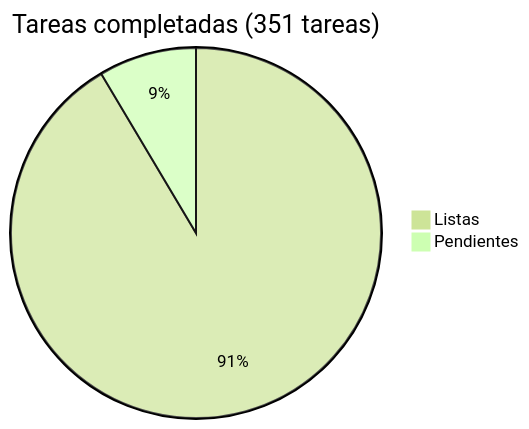
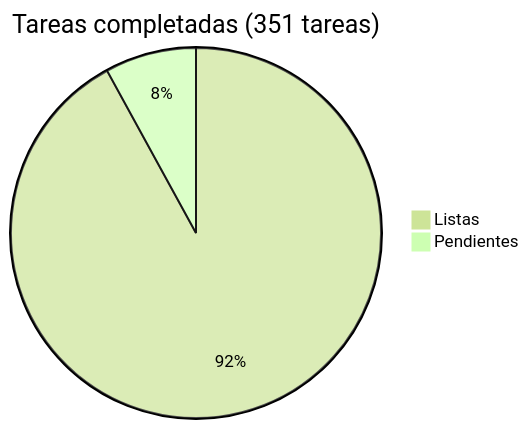
One commit to araguaney-lat/araguaney changed the diagram in docs/roadmap/README.md. Above: the diagram before and after it, drawn with Mermaid (forest theme). The commit also changed other lines of this file and 10 other files, not shown here.

````diff
--- a/docs/roadmap/README.md
+++ b/docs/roadmap/README.md
@@ -5,5 +5,5 @@
 ```mermaid
 pie title Tareas completadas (351 tareas)
-    "Listas" : 321
-    "Pendientes" : 30
+    "Listas" : 323
+    "Pendientes" : 28
 ```
````
